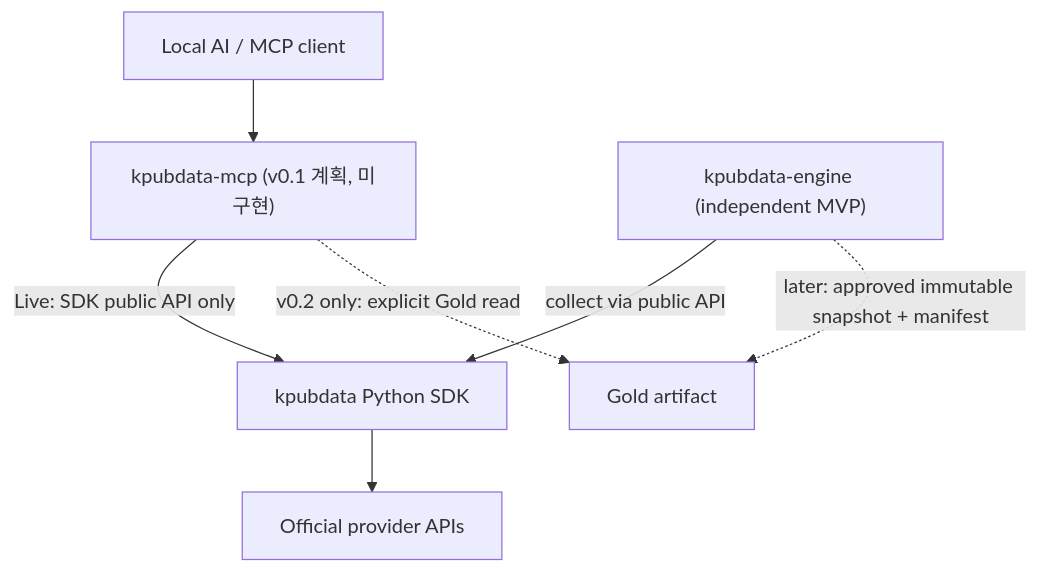
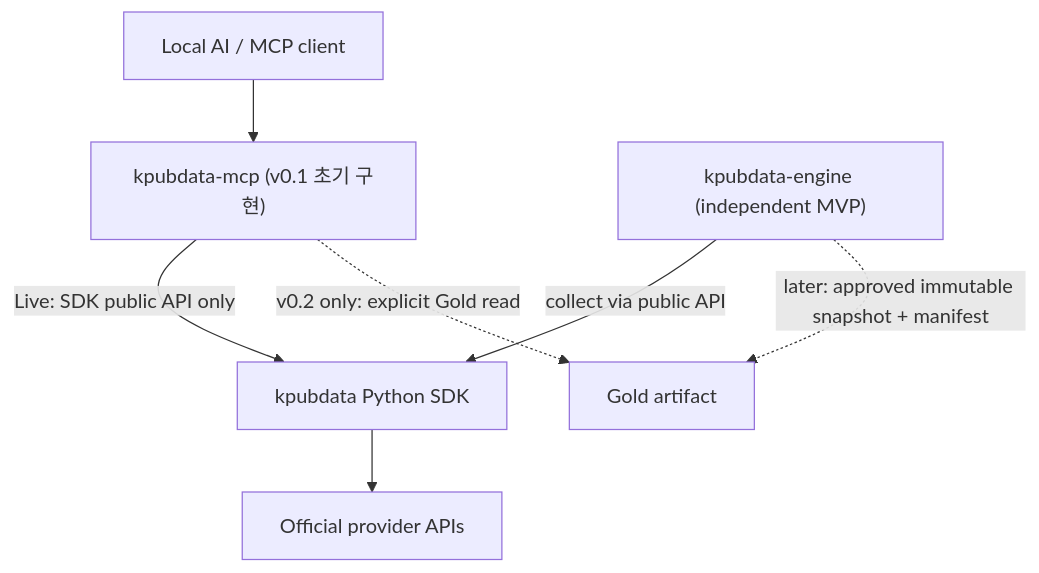
Before and after one commit to kpubdata-lab/kpubdata: the first of 5 diagrams in docs/product-family-architecture.md, drawn with Mermaid. The commit also changed other lines of this file and 1 other file, not shown here.

First line of the commit message:
docs: update independent MCP implementation status (#1126)

````diff
--- a/docs/product-family-architecture.md
+++ b/docs/product-family-architecture.md
@@ -13,9 +13,9 @@
 ```mermaid
 flowchart TD
-    Client["Local AI / MCP client"] --> MCP["kpubdata-mcp (v0.1 계획, 미구현)"]
+    Client["Local AI / MCP client"] --> MCP["kpubdata-mcp (v0.1 초기 구현)"]
     MCP -->|"Live: SDK public API only"| SDK["kpubdata Python SDK"]
     SDK --> Provider["Official provider APIs"]
     Engine["kpubdata-engine (independent MVP)"] -->|"collect via public API"| SDK
     Engine -. "later: approved immutable snapshot + manifest" .-> Gold["Gold artifact"]
     MCP -. "v0.2 only: explicit Gold read" .-> Gold
 ```
````
